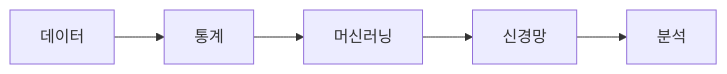
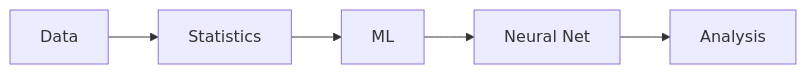
One commit to yeongseon-books/book-content changed the diagram in content/computer-science-major-101/ko/06-ai-and-data-science.md. Above: the diagram before and after it, drawn with Mermaid. The commit also changed other lines of this file and 9 other files, not shown here.

````diff
--- a/content/computer-science-major-101/ko/06-ai-and-data-science.md
+++ b/content/computer-science-major-101/ko/06-ai-and-data-science.md
@@ -55,7 +50,7 @@
 ```mermaid
 flowchart LR
-    D[데이터] --> S[통계]
-    S --> M[머신러닝]
-    M --> N[신경망]
-    N --> A[분석]
+    D[Data] --> S[Statistics]
+    S --> M[ML]
+    M --> N[Neural Net]
+    N --> A[Analysis]
 ```
````
